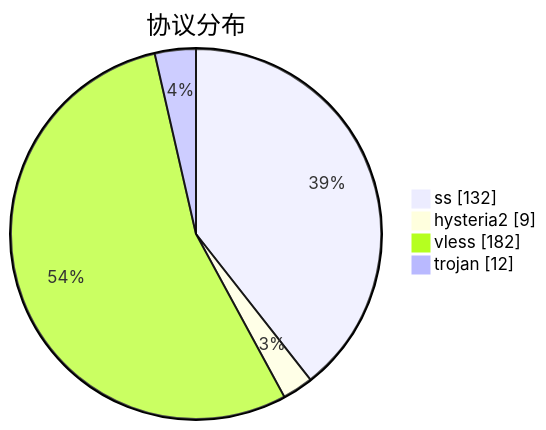
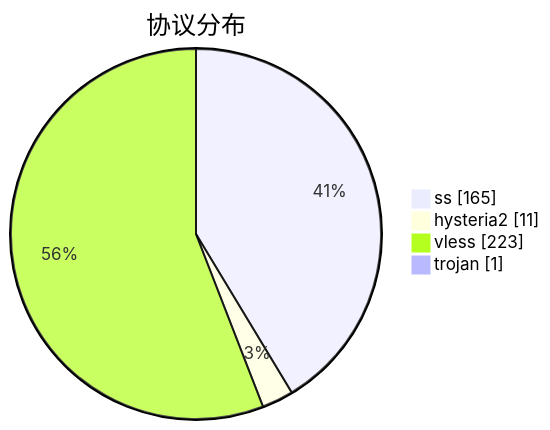
One commit to qjlxg/airport changed the third of 3 diagrams in subs/statistics/tested_within.md. Above: the diagram before and after it, drawn with Mermaid. The commit also changed other lines of this file and 2 other files, not shown here.

````diff
--- a/subs/statistics/tested_within.md
+++ b/subs/statistics/tested_within.md
@@ -18,8 +18,8 @@
 ```mermaid
 pie showData
 title 协议分布
-"ss" : 132
-"hysteria2" : 9
-"vless" : 182
-"trojan" : 12
+"ss" : 165
+"hysteria2" : 11
+"vless" : 223
+"trojan" : 1
 ```
````
